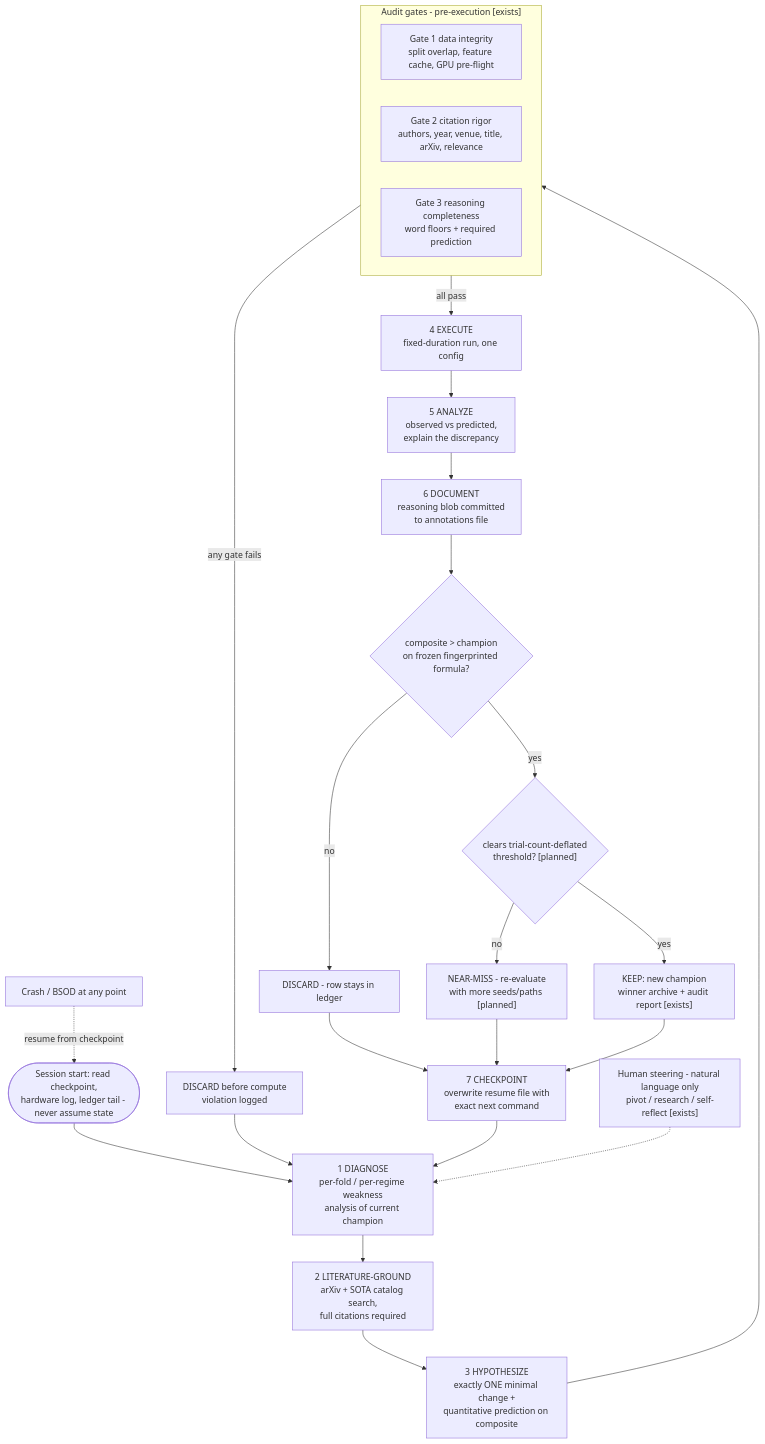
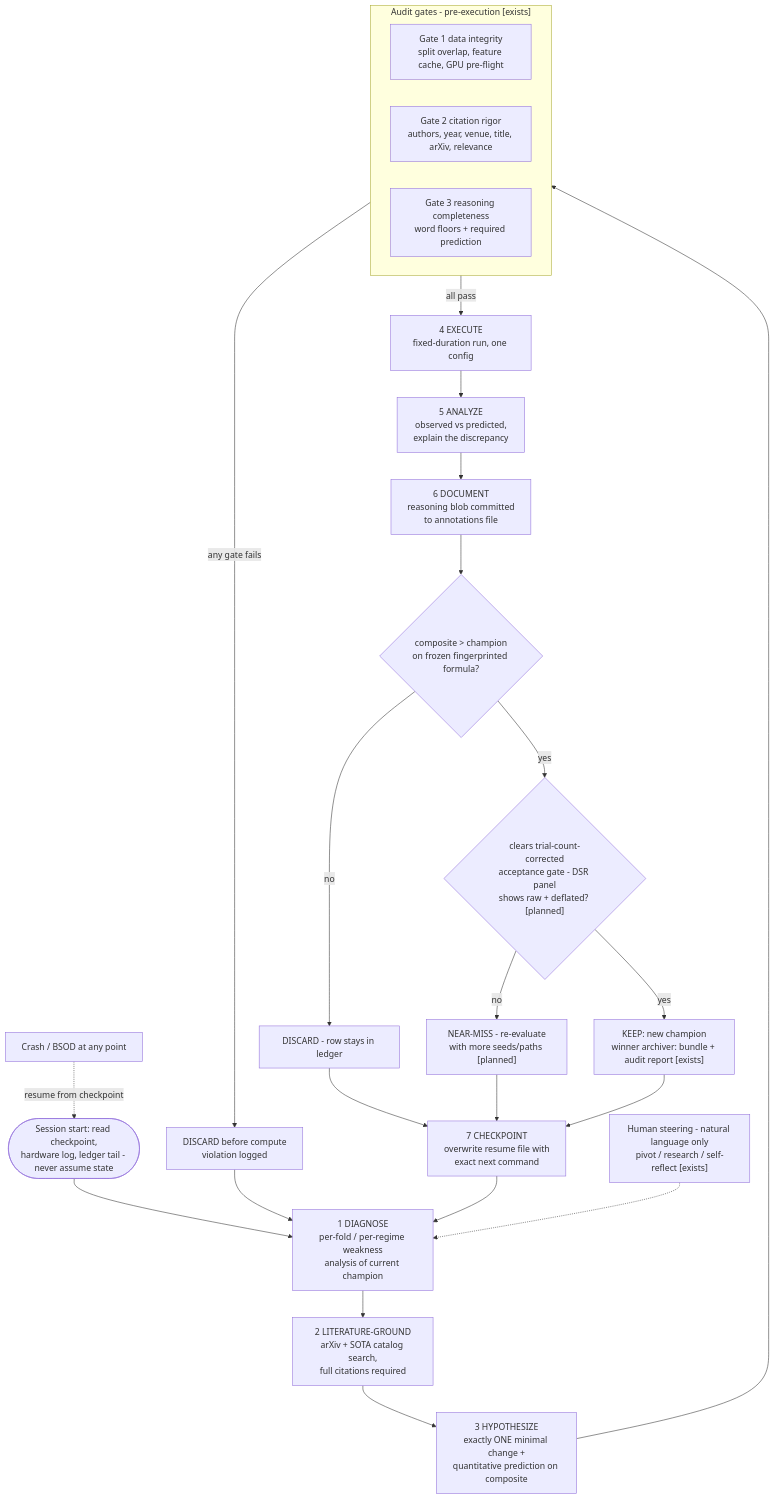
The diagram in runs/autoresearch/tech/architecture/D02.md (dlmastery/startup-skills), drawn with Mermaid before and after one commit. The commit also changed 10 other files, not shown here.

````diff
--- a/runs/autoresearch/tech/architecture/D02.md
+++ b/runs/autoresearch/tech/architecture/D02.md
@@ -5,31 +5,31 @@
 ```mermaid
 flowchart TD
     START(["Session start: read checkpoint,<br/>hardware log, ledger tail - never assume state"]) --> S1
 
     S1["1 DIAGNOSE<br/>per-fold / per-regime weakness<br/>analysis of current champion"] --> S2
     S2["2 LITERATURE-GROUND<br/>arXiv + SOTA catalog search,<br/>full citations required"] --> S3
     S3["3 HYPOTHESIZE<br/>exactly ONE minimal change +<br/>quantitative prediction on composite"] --> PRE
 
     subgraph PRE["Audit gates - pre-execution [exists]"]
         GA["Gate 1 data integrity<br/>split overlap, feature cache, GPU pre-flight"]
         GB["Gate 2 citation rigor<br/>authors, year, venue, title, arXiv, relevance"]
         GC["Gate 3 reasoning completeness<br/>word floors + required prediction"]
     end
 
     PRE -->|any gate fails| DISC1["DISCARD before compute<br/>violation logged"] --> S1
     PRE -->|all pass| S4["4 EXECUTE<br/>fixed-duration run, one config"]
 
     S4 --> S5["5 ANALYZE<br/>observed vs predicted,<br/>explain the discrepancy"]
     S5 --> S6["6 DOCUMENT<br/>reasoning blob committed<br/>to annotations file"]
     S6 --> KEEP{"composite &gt; champion<br/>on frozen fingerprinted formula?"}
 
     KEEP -->|no| DISC2["DISCARD - row stays in ledger"] --> S7
-    KEEP -->|yes| DEFL{"clears trial-count-deflated<br/>threshold? [planned]"}
+    KEEP -->|yes| DEFL{"clears trial-count-corrected<br/>acceptance gate - DSR panel<br/>shows raw + deflated? [planned]"}
     DEFL -->|no| NEAR["NEAR-MISS - re-evaluate<br/>with more seeds/paths [planned]"] --> S7
-    DEFL -->|yes| WIN["KEEP: new champion<br/>winner archive + audit report [exists]"] --> S7
+    DEFL -->|yes| WIN["KEEP: new champion<br/>winner archiver: bundle + audit report [exists]"] --> S7
 
     S7["7 CHECKPOINT<br/>overwrite resume file with<br/>exact next command"] --> S1
 
     STEER["Human steering - natural language only<br/>pivot / research / self-reflect [exists]"] -.-> S1
     CRASH["Crash / BSOD at any point"] -.->|resume from checkpoint| START
 ```
````
